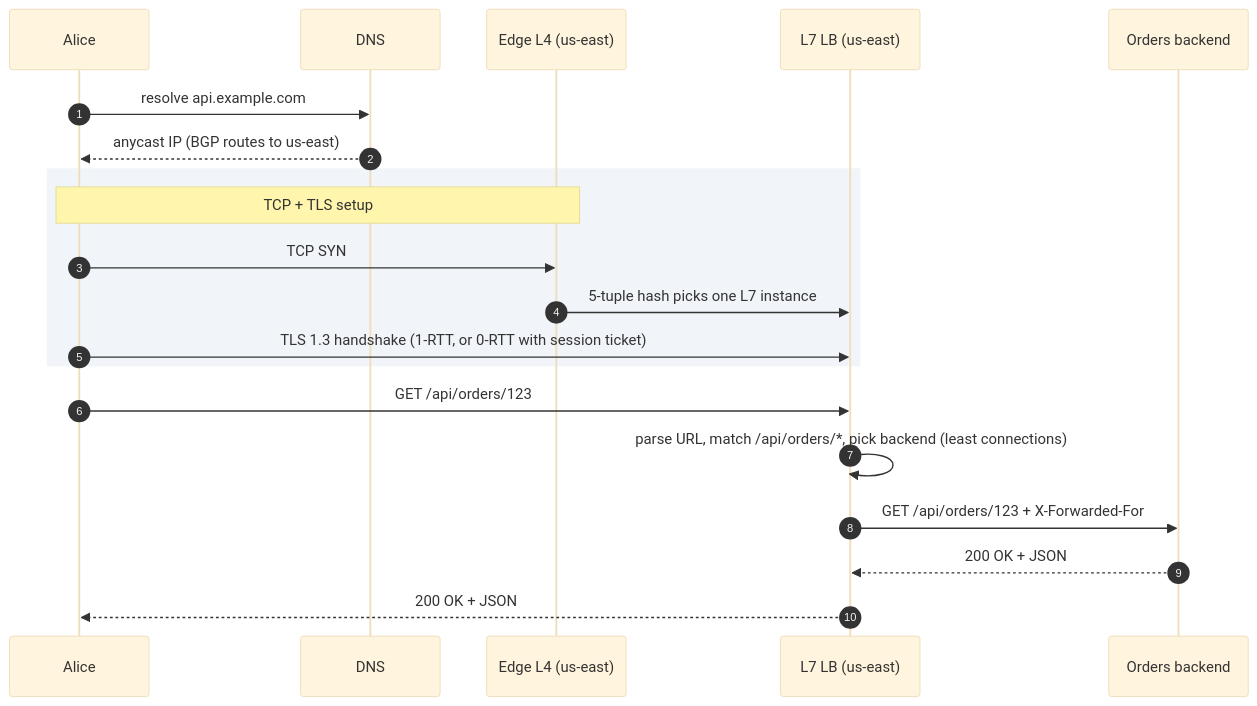
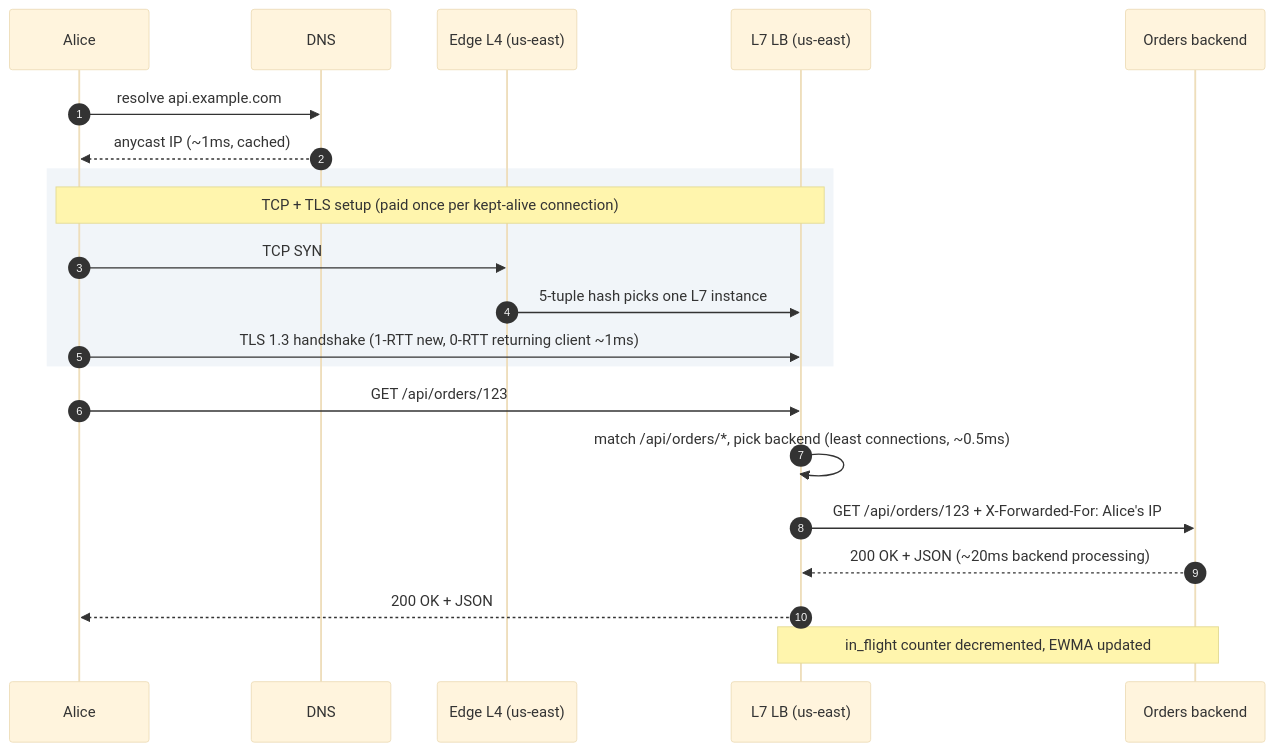
Before and after one commit to shiningflash/system-design: the ninth of 10 diagrams in problems/016-load-balancer/question.md, drawn with Mermaid (base theme). The commit also changed other lines of this file and 37 other files, not shown here.

````diff
--- a/problems/016-load-balancer/question.md
+++ b/problems/016-load-balancer/question.md
@@ -322,25 +395,26 @@
 ```mermaid
 sequenceDiagram
     autonumber
     participant Alice
     participant DNS
     participant EdgeL4 as Edge L4 (us-east)
     participant L7 as L7 LB (us-east)
     participant Orders as Orders backend
 
     Alice->>DNS: resolve api.example.com
-    DNS-->>Alice: anycast IP (BGP routes to us-east)
+    DNS-->>Alice: anycast IP (~1ms, cached)
 
     rect rgb(241, 245, 249)
-        Note over Alice,EdgeL4: TCP + TLS setup
+        Note over Alice,L7: TCP + TLS setup (paid once per kept-alive connection)
         Alice->>EdgeL4: TCP SYN
         EdgeL4->>L7: 5-tuple hash picks one L7 instance
-        Alice->>L7: TLS 1.3 handshake (1-RTT, or 0-RTT with session ticket)
+        Alice->>L7: TLS 1.3 handshake (1-RTT new, 0-RTT returning client ~1ms)
     end
 
     Alice->>L7: GET /api/orders/123
-    L7->>L7: parse URL, match /api/orders/*, pick backend (least connections)
-    L7->>Orders: GET /api/orders/123 + X-Forwarded-For
-    Orders-->>L7: 200 OK + JSON
+    L7->>L7: match /api/orders/*, pick backend (least connections, ~0.5ms)
+    L7->>Orders: GET /api/orders/123 + X-Forwarded-For: Alice's IP
+    Orders-->>L7: 200 OK + JSON (~20ms backend processing)
     L7-->>Alice: 200 OK + JSON
+    Note over L7,Orders: in_flight counter decremented, EWMA updated
 ```
````
